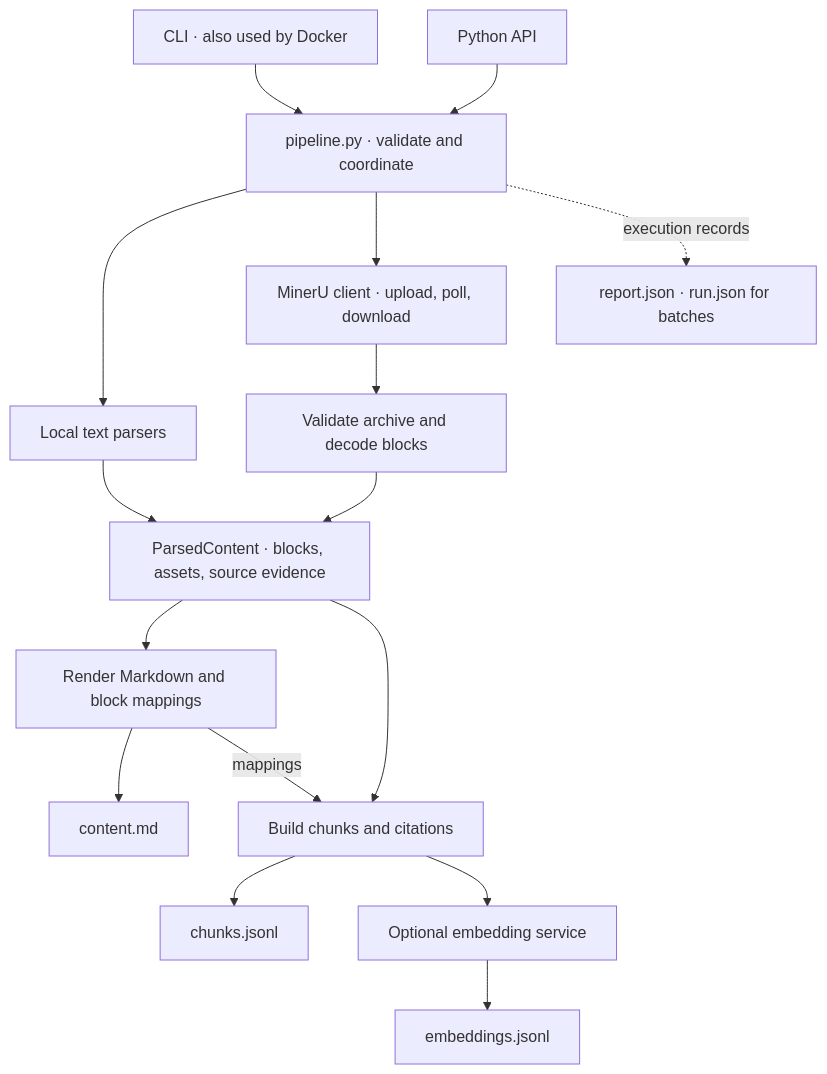
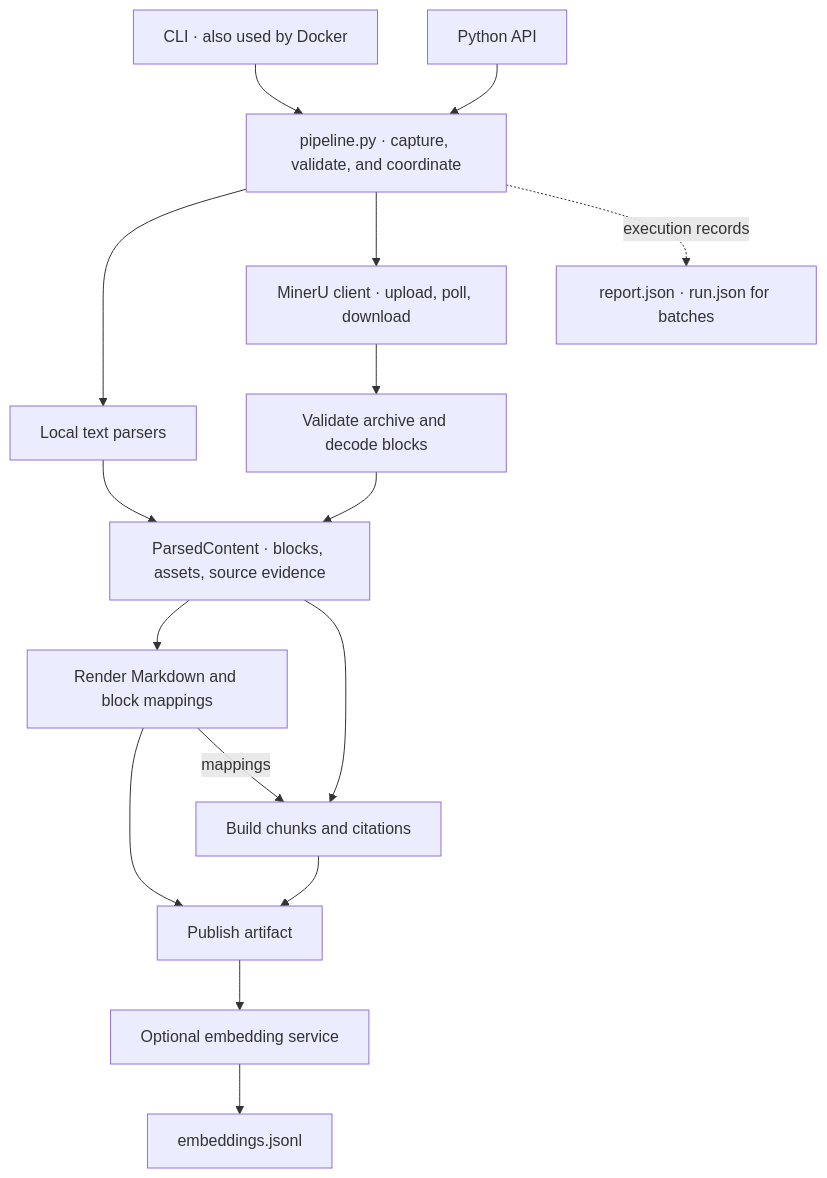
The diagram in docs/architecture.md (ShaoxinLi/Multimodal-Doc-Pipeline), drawn with Mermaid before and after one commit. The commit also changed other lines of this file and 36 other files, not shown here.

````diff
--- a/docs/architecture.md
+++ b/docs/architecture.md
@@ -11,18 +11,18 @@
 ```mermaid
 flowchart TD
-	CLI["CLI · also used by Docker"] --> PIPE["pipeline.py · validate and coordinate"]
+	CLI["CLI · also used by Docker"] --> PIPE["pipeline.py · capture, validate, and coordinate"]
 	API["Python API"] --> PIPE
 	PIPE --> LOCAL["Local text parsers"]
 	PIPE --> REMOTE["MinerU client · upload, poll, download"]
 	REMOTE --> DECODE["Validate archive and decode blocks"]
 	LOCAL --> CONTENT["ParsedContent · blocks, assets, source evidence"]
 	DECODE --> CONTENT
 	CONTENT --> RENDER["Render Markdown and block mappings"]
-	RENDER --> MD["content.md"]
+	RENDER --> BUNDLE["Publish artifact"]
 	CONTENT --> CHUNK["Build chunks and citations"]
 	RENDER -->|mappings| CHUNK
-	CHUNK --> JSONL["chunks.jsonl"]
-	CHUNK --> EMBED["Optional embedding service"]
+	CHUNK --> BUNDLE
+	BUNDLE --> EMBED["Optional embedding service"]
 	EMBED --> VECTORS["embeddings.jsonl"]
 	PIPE -. execution records .-> REPORT["report.json · run.json for batches"]
 ```
````
